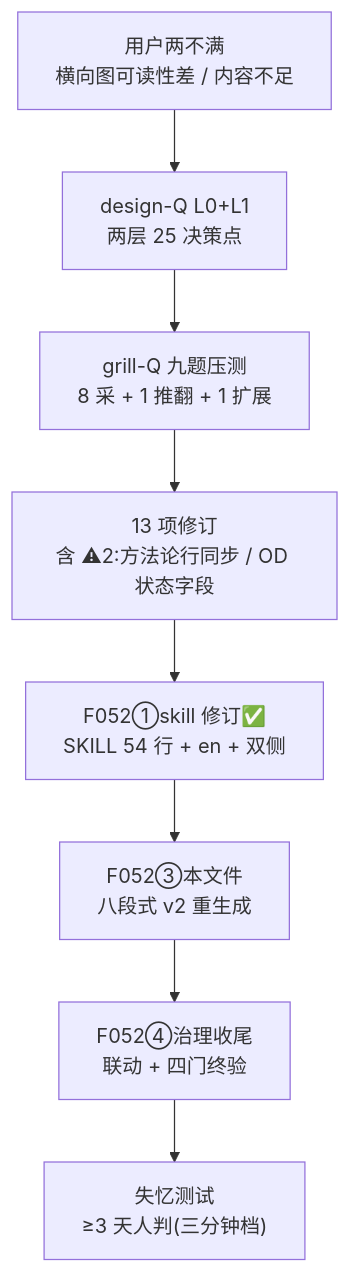
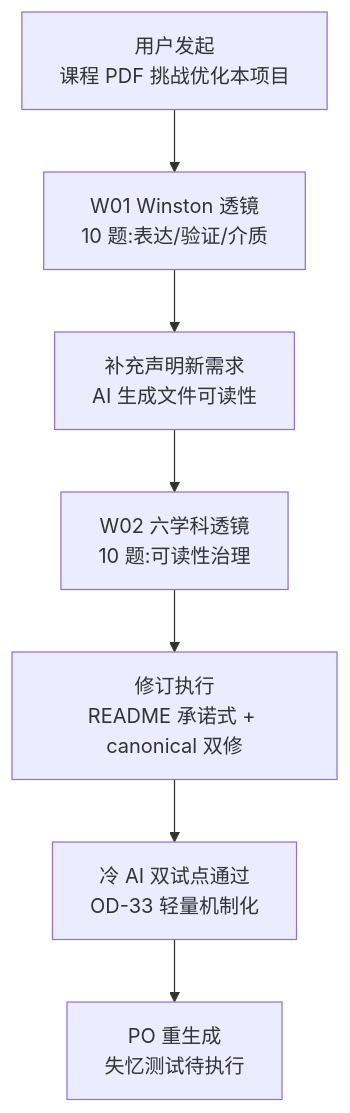
The second of 6 diagrams in PROJECT-OVERVIEW.md (code-cycler/info-driven-ai-se-harness-engineering), drawn with Mermaid before and after one commit. The commit also changed other lines of this file and 16 other files, not shown here.

````diff
--- a/PROJECT-OVERVIEW.md
+++ b/PROJECT-OVERVIEW.md
@@ -170,10 +177,9 @@
 ```mermaid
 flowchart TD
-    S1["用户两不满<br/>横向图可读性差 / 内容不足"] --> S2["design-Q L0+L1<br/>两层 25 决策点"]
-    S2 --> S3["grill-Q 九题压测<br/>8 采 + 1 推翻 + 1 扩展"]
-    S3 --> S4["13 项修订<br/>含 ⚠2:方法论行同步 / OD 状态字段"]
-    S4 --> S5["F052①skill 修订✅<br/>SKILL 54 行 + en + 双侧"]
-    S5 --> S6["F052③本文件<br/>八段式 v2 重生成"]
-    S6 --> S7["F052④治理收尾<br/>联动 + 四门终验"]
-    S7 --> S8["失忆测试<br/>≥3 天人判(三分钟档)"]
+    H1["用户发起<br/>课程 PDF 挑战优化本项目"] --> H2["W01 Winston 透镜<br/>10 题:表达/验证/介质"]
+    H2 --> H3["补充声明新需求<br/>AI 生成文件可读性"]
+    H3 --> H4["W02 六学科透镜<br/>10 题:可读性治理"]
+    H4 --> H5["修订执行<br/>README 承诺式 + canonical 双修"]
+    H5 --> H6["冷 AI 双试点通过<br/>OD-33 轻量机制化"]
+    H6 --> H7["PO 重生成<br/>失忆测试待执行"]
 ```
````
